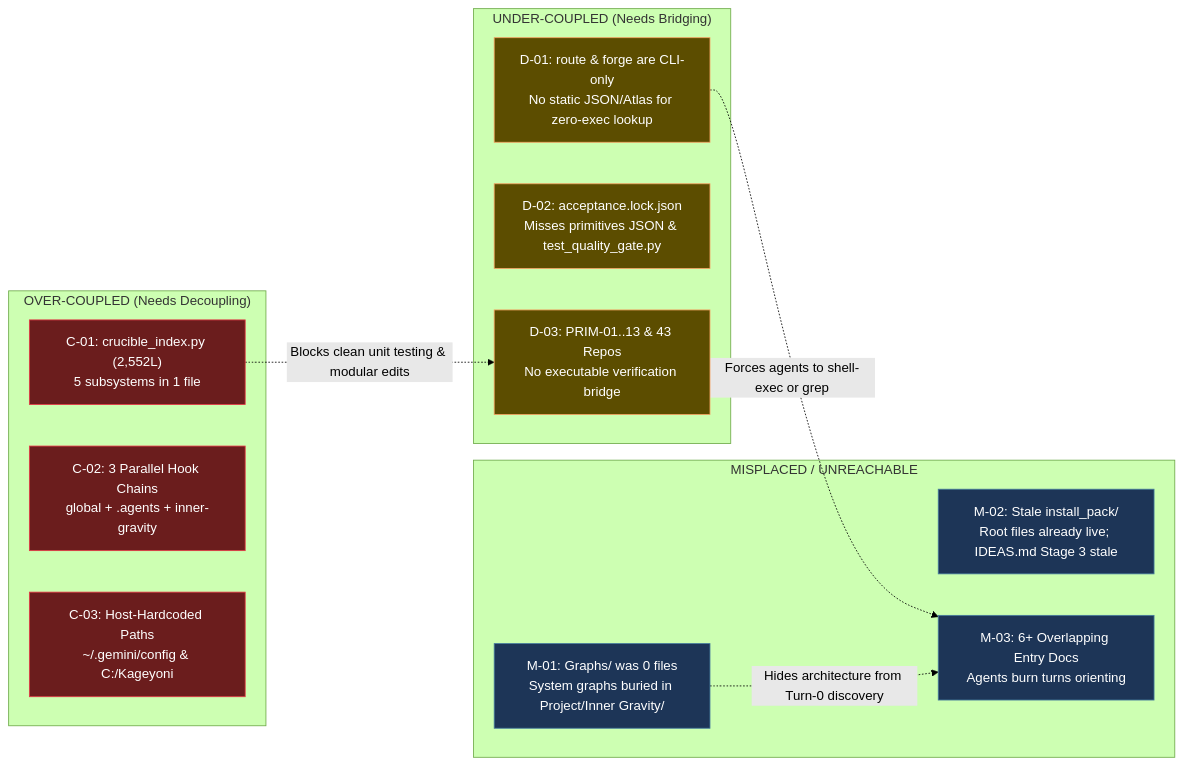
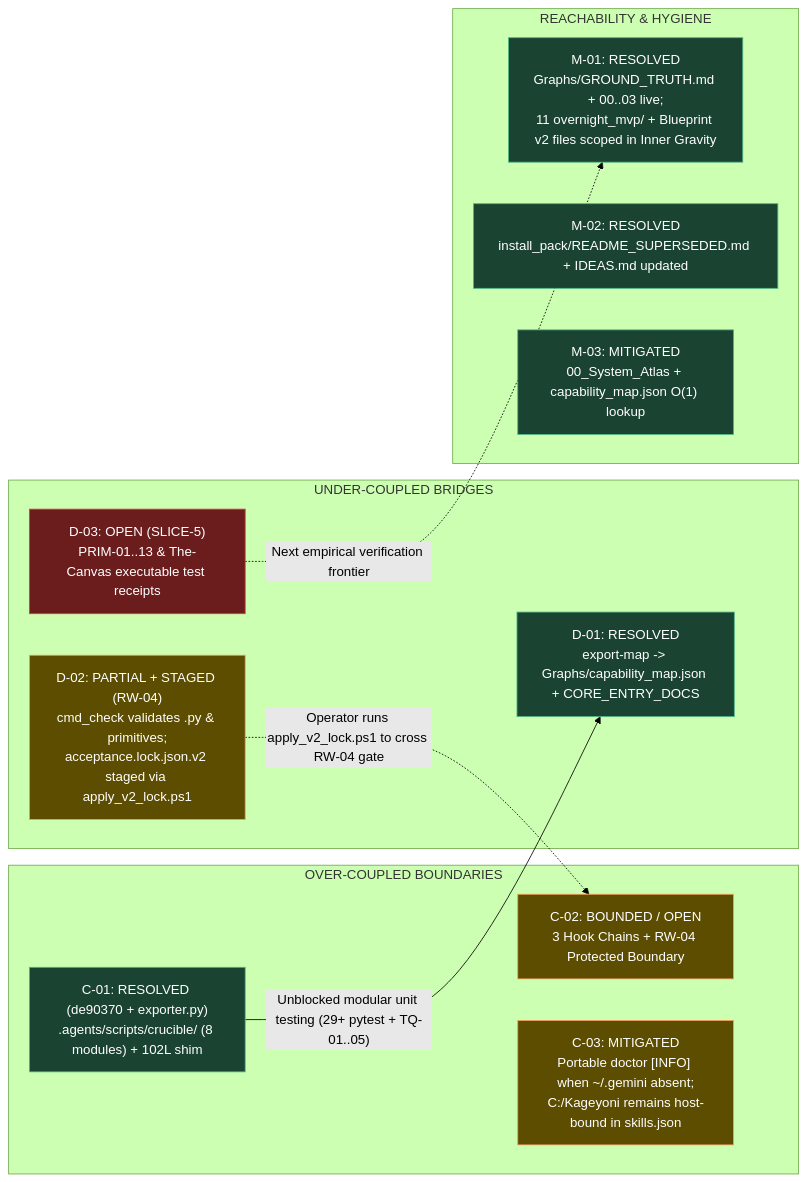
Before and after one commit to guarani-ux/Crucible-Domain: the diagram in Graphs/02_Coupling_and_Reachability_Audit.md, drawn with Mermaid (forest theme). The commit also changed other lines of this file and 7 other files, not shown here.

Commit message:
Wave 2C: Reconcile Graphs/ docs, IDEAS.md, and stage acceptance.lock v2

````diff
--- a/Graphs/02_Coupling_and_Reachability_Audit.md
+++ b/Graphs/02_Coupling_and_Reachability_Audit.md
@@ -14,28 +14,28 @@
 ```mermaid
 flowchart LR
-    classDef coupled fill:#6b1d1d,stroke:#e63946,color:#fff
-    classDef decoupled fill:#5c4d00,stroke:#f4a261,color:#fff
-    classDef misplaced fill:#1d3557,stroke:#457b9d,color:#fff
+    classDef resolved fill:#1b4332,stroke:#52b788,color:#fff
+    classDef partial fill:#5c4d00,stroke:#f4a261,color:#fff
+    classDef open fill:#6b1d1d,stroke:#e63946,color:#fff
 
-    subgraph C["OVER-COUPLED (Needs Decoupling)"]
-        C1["C-01: crucible_index.py (2,552L)<br/>5 subsystems in 1 file"]:::coupled
-        C2["C-02: 3 Parallel Hook Chains<br/>global + .agents + inner-gravity"]:::coupled
-        C3["C-03: Host-Hardcoded Paths<br/>~/.gemini/config & C:/Kageyoni"]:::coupled
+    subgraph C["OVER-COUPLED BOUNDARIES"]
+        C1["C-01: RESOLVED (de90370 + exporter.py)<br/>.agents/scripts/crucible/ (8 modules) + 102L shim"]:::resolved
+        C2["C-02: BOUNDED / OPEN<br/>3 Hook Chains + RW-04 Protected Boundary"]:::partial
+        C3["C-03: MITIGATED<br/>Portable doctor [INFO] when ~/.gemini absent;<br/>C:/Kageyoni remains host-bound in skills.json"]:::partial
     end
 
-    subgraph D["UNDER-COUPLED (Needs Bridging)"]
-        D1["D-01: route & forge are CLI-only<br/>No static JSON/Atlas for zero-exec lookup"]:::decoupled
-        D2["D-02: acceptance.lock.json<br/>Misses primitives JSON & test_quality_gate.py"]:::decoupled
-        D3["D-03: PRIM-01..13 & 43 Repos<br/>No executable verification bridge"]:::decoupled
+    subgraph D["UNDER-COUPLED BRIDGES"]
+        D1["D-01: RESOLVED<br/>export-map -> Graphs/capability_map.json + CORE_ENTRY_DOCS"]:::resolved
+        D2["D-02: PARTIAL + STAGED (RW-04)<br/>cmd_check validates .py & primitives;<br/>acceptance.lock.json.v2 staged via apply_v2_lock.ps1"]:::partial
+        D3["D-03: OPEN (SLICE-5)<br/>PRIM-01..13 & The-Canvas executable test receipts"]:::open
     end
 
-    subgraph M["MISPLACED / UNREACHABLE"]
-        M1["M-01: Graphs/ was 0 files<br/>System graphs buried in Project/Inner Gravity/"]:::misplaced
-        M2["M-02: Stale install_pack/<br/>Root files already live; IDEAS.md Stage 3 stale"]:::misplaced
-        M3["M-03: 6+ Overlapping Entry Docs<br/>Agents burn turns orienting"]:::misplaced
+    subgraph M["REACHABILITY & HYGIENE"]
+        M1["M-01: RESOLVED<br/>Graphs/GROUND_TRUTH.md + 00..03 live;<br/>11 overnight_mvp/ + Blueprint v2 files scoped in Inner Gravity"]:::resolved
+        M2["M-02: RESOLVED<br/>install_pack/README_SUPERSEDED.md + IDEAS.md updated"]:::resolved
+        M3["M-03: MITIGATED<br/>00_System_Atlas + capability_map.json O(1) lookup"]:::resolved
     end
 
-    C1 -.->|"Blocks clean unit testing & modular edits"| D3
-    D1 -.->|"Forces agents to shell-exec or grep"| M3
-    M1 -.->|"Hides architecture from Turn-0 discovery"| M3
+    C1 -->|"Unblocked modular unit testing (29+ pytest + TQ-01..05)"| D1
+    D2 -.->|"Operator runs apply_v2_lock.ps1 to cross RW-04 gate"| C2
+    D3 -.->|"Next empirical verification frontier"| M1
 ```
````
